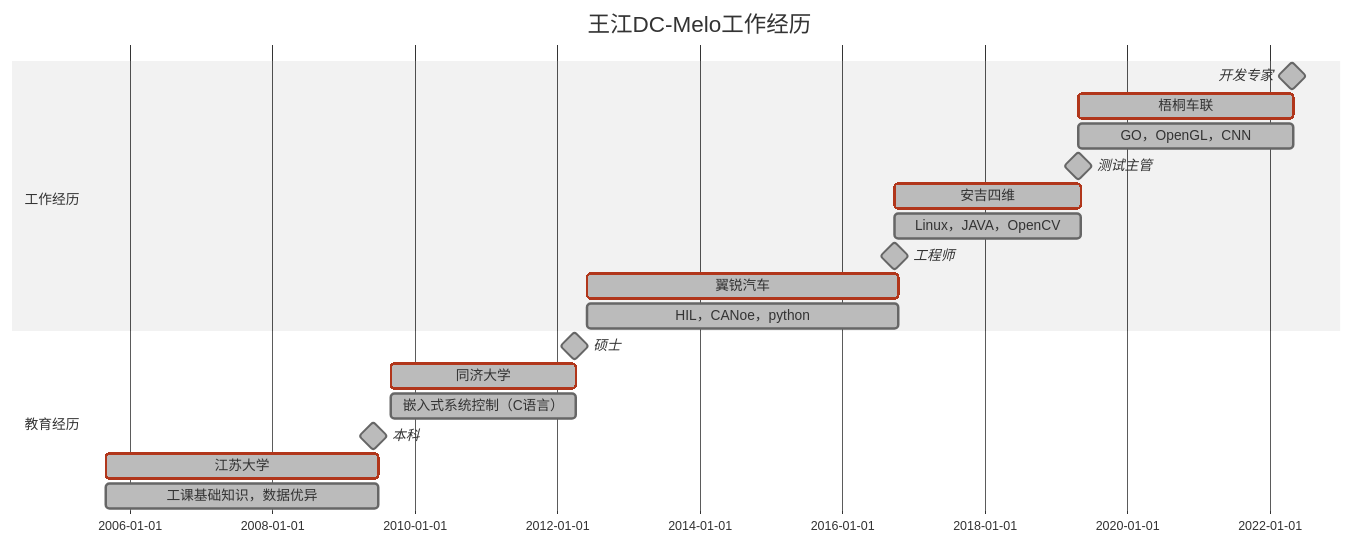
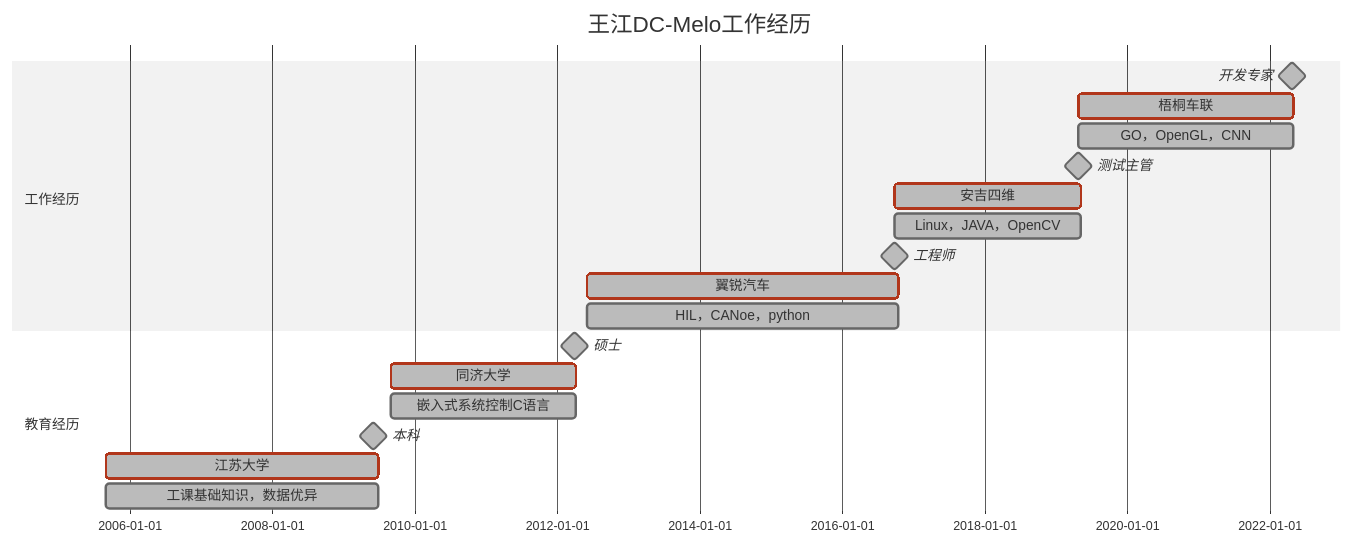
One commit to DC-Melo/README changed the diagram in README.md. Above: the diagram before and after it, drawn with Mermaid (neutral theme).

````diff
--- a/README.md
+++ b/README.md
@@ -29,24 +29,24 @@
 ```mermaid
 gantt
     title 王江DC-Melo工作经历
     dateFormat  YYYY-MM
 
     section 工作经历
-    开发专家                : done , milestone , name     , 2022-05 , 0d
-    梧桐车联                : crit , done      , weekplan , 2019-05 , 1100d
-    GO，OpenGL，CNN         : done , get skill  , 2019-05  , 1100d
-    测试主管                : done , milestone , name     , 2019-05 , 0d
-    安吉四维                : crit , done      , weekplan , 2016-10 , 950d
-    Linux，JAVA，OpenCV     : done , get skill  , 2016-10  , 950d
-    工程师                  : done , milestone , name     , 2016-10 , 0d
-    翼锐汽车                : crit , done      , weekplan , 2012-06 , 1600d
-    HIL，CANoe，python      : done , get skill  , 2012-06  , 1600d
+    开发专家               : done , milestone , level   , 2022-05 , 0d
+    梧桐车联               : crit , done      , stage   , 2019-05 , 1100d
+    GO，OpenGL，CNN        : done , get skill , 2019-05 , 1100d
+    测试主管               : done , milestone , level   , 2019-05 , 0d
+    安吉四维               : crit , done      , stage   , 2016-10 , 950d
+    Linux，JAVA，OpenCV    : done , get skill , 2016-10 , 950d
+    工程师                 : done , milestone , level   , 2016-10 , 0d
+    翼锐汽车               : crit , done      , stage   , 2012-06 , 1600d
+    HIL，CANoe，python     : done , get skill , 2012-06 , 1600d
 
     section 教育经历
-    硕士                    : done , milestone , name     , 2012-04 , 0d
-    同济大学                : crit , done      , weekplan , 2009-09 , 950d
-    嵌入式系统控制（C语言） : done , get skill  , 2009-09  , 950d
-    本科                    : done , milestone , name     , 2009-06 , 0d
-    江苏大学                : crit , done      , weekplan , 2005-09 , 1400d
-    工课基础知识，数据优异  : done , get skill  , 2005-09  , 1400d
+    硕士                   : done , milestone , level   , 2012-04 , 0d
+    同济大学               : crit , done      , stage   , 2009-09 , 950d
+    嵌入式系统控制C语言    : done , get skill , 2009-09 , 950d
+    本科                   : done , milestone , level   , 2009-06 , 0d
+    江苏大学               : crit , done      , stage   , 2005-09 , 1400d
+    工课基础知识，数据优异 : done , get skill , 2005-09 , 1400d
 ```
````
